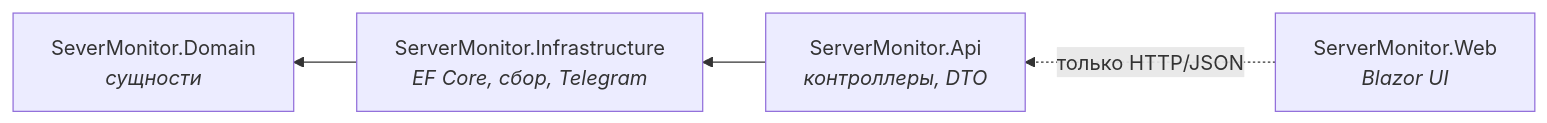
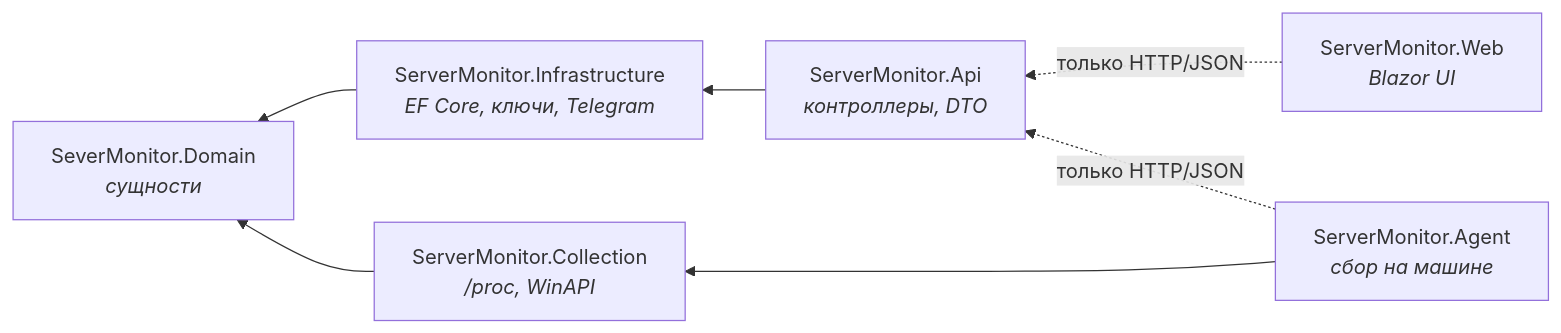
One commit to SoftGene/ServerMonitor changed the second of 3 diagrams in docs/guide/00-project-map.md. Above: the diagram before and after it, drawn with Mermaid. The commit also changed other lines of this file and 5 other files, not shown here.

````diff
--- a/docs/guide/00-project-map.md
+++ b/docs/guide/00-project-map.md
@@ -165,6 +173,9 @@
 ```mermaid
 flowchart RL
-    Api["ServerMonitor.Api<br/><i>контроллеры, DTO</i>"] --> Infra["ServerMonitor.Infrastructure<br/><i>EF Core, сбор, Telegram</i>"]
+    Api["ServerMonitor.Api<br/><i>контроллеры, DTO</i>"] --> Infra["ServerMonitor.Infrastructure<br/><i>EF Core, ключи, Telegram</i>"]
     Infra --> Domain["SeverMonitor.Domain<br/><i>сущности</i>"]
+    Agent["ServerMonitor.Agent<br/><i>сбор на машине</i>"] --> Collection["ServerMonitor.Collection<br/><i>/proc, WinAPI</i>"]
+    Collection --> Domain
     Web["ServerMonitor.Web<br/><i>Blazor UI</i>"] -.->|"только HTTP/JSON"| Api
+    Agent -.->|"только HTTP/JSON"| Api
 ```
````
